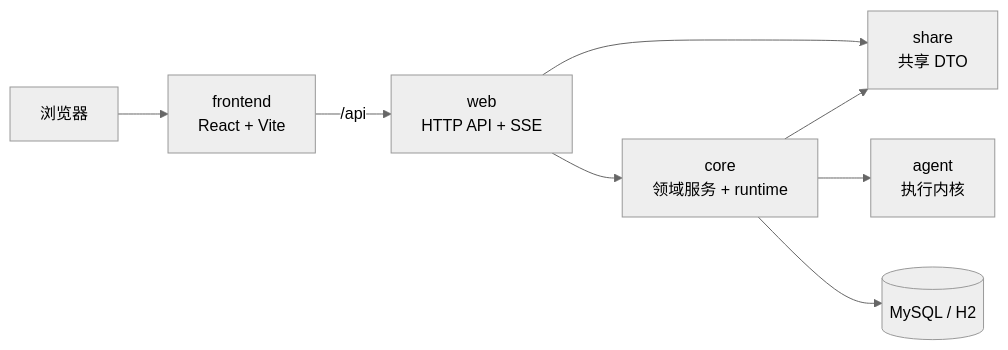
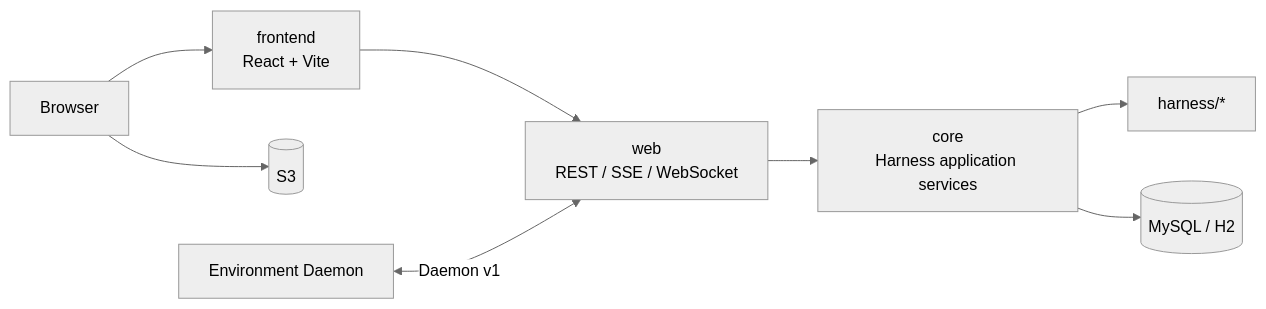
One commit to fengwk/kk-studio changed the diagram in README.md. Above: the diagram before and after it, drawn with Mermaid (neutral theme). The commit also changed other lines of this file and 11 other files, not shown here.

Commit message:
docs: align architecture with Harness runtime

````diff
--- a/README.md
+++ b/README.md
@@ -17,18 +19,16 @@
 ```mermaid
 flowchart LR
-    Browser[浏览器]
+    Browser[Browser]
     Frontend[frontend<br/>React + Vite]
-    Web[web<br/>HTTP API + SSE]
-    Core[core<br/>领域服务 + runtime]
-    Agent[agent<br/>执行内核]
-    Share[share<br/>共享 DTO]
+    Web[web<br/>REST / SSE / WebSocket]
+    Core[core<br/>Harness application services]
+    Runtime[harness/*]
     DB[(MySQL / H2)]
+    S3[(S3)]
+    Daemon[Environment Daemon]
 
-    Browser --> Frontend
-    Frontend -->|/api| Web
-    Web --> Core
-    Web --> Share
-    Core --> Share
-    Core --> Agent
+    Browser --> Frontend --> Web --> Core --> Runtime
     Core --> DB
+    Browser --> S3
+    Daemon <-->|Daemon v1| Web
 ```
````
